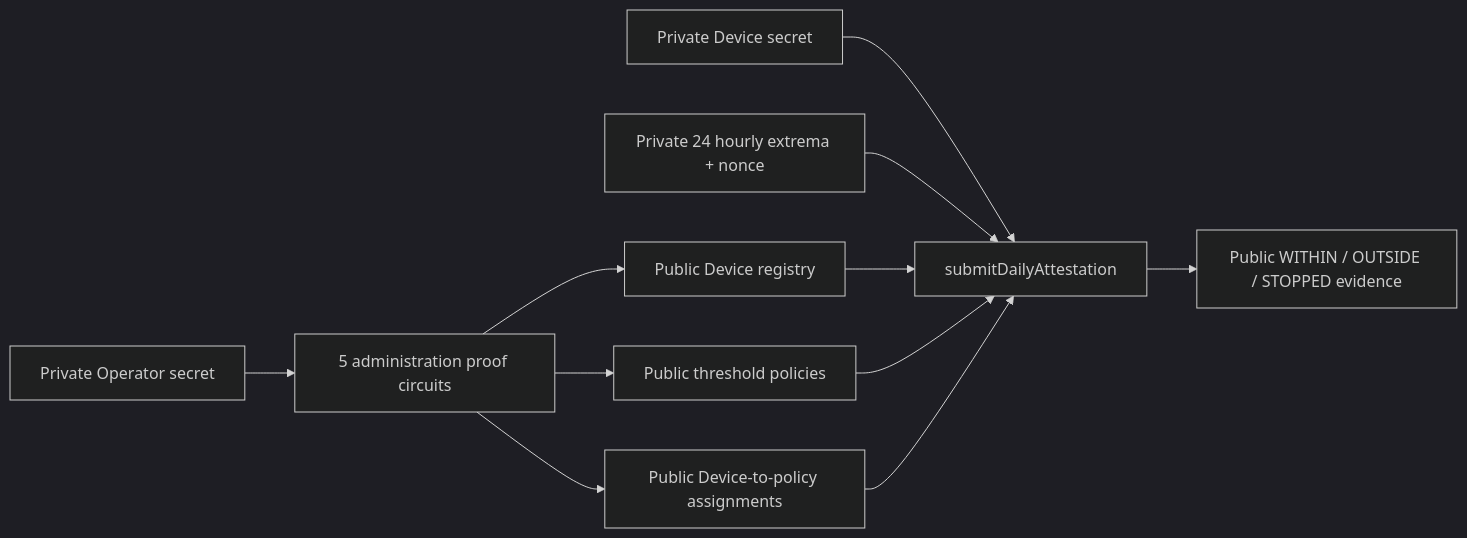
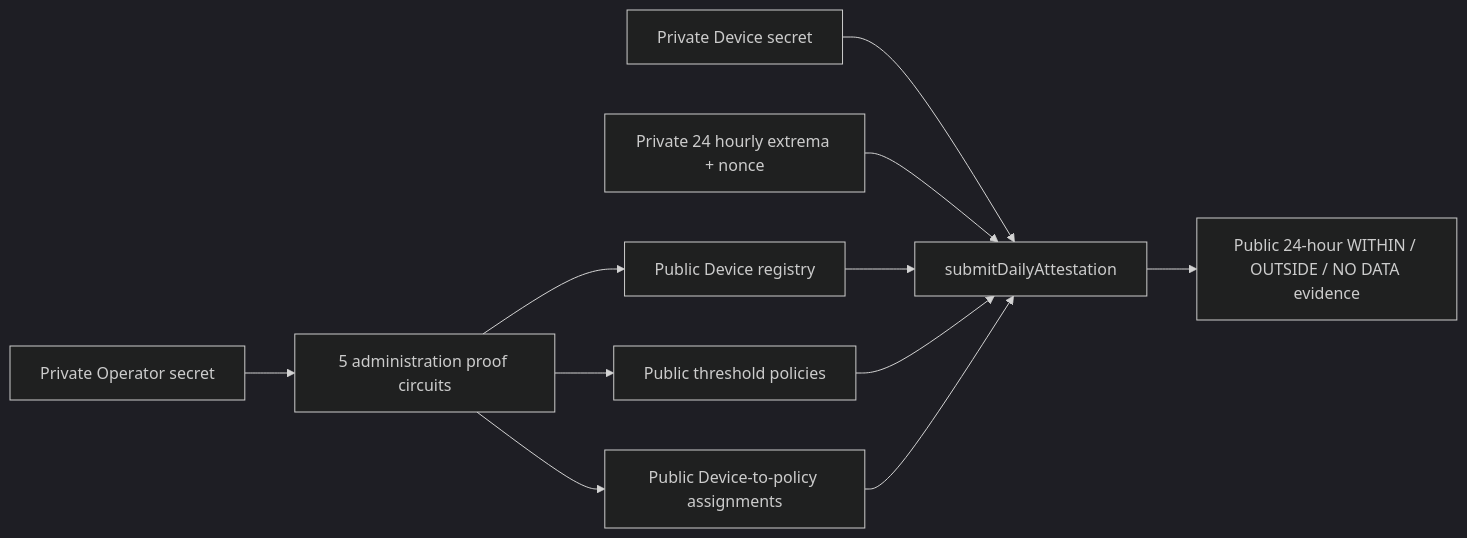
The first of 8 diagrams in docs/implementation/zk_circuit_spec.md (commun-platform/midnight_buildathons_bacchili), drawn with Mermaid (dark theme) before and after one commit. The commit also changed other lines of this file and 81 other files, not shown here.

````diff
--- a/docs/implementation/zk_circuit_spec.md
+++ b/docs/implementation/zk_circuit_spec.md
@@ -33,14 +37,14 @@
 ```mermaid
 flowchart LR
     OA["Private Operator secret"] --> ADMIN["5 administration proof circuits"]
     ADMIN --> REG["Public Device registry"]
     ADMIN --> POLICY["Public threshold policies"]
     ADMIN --> ASSIGN["Public Device-to-policy assignments"]
 
     DS["Private Device secret"] --> DAILY["submitDailyAttestation"]
     EXT["Private 24 hourly extrema + nonce"] --> DAILY
     REG --> DAILY
     POLICY --> DAILY
     ASSIGN --> DAILY
-    DAILY --> RESULT["Public WITHIN / OUTSIDE / STOPPED evidence"]
+    DAILY --> RESULT["Public 24-hour WITHIN / OUTSIDE / NO DATA evidence"]
 ```
````
